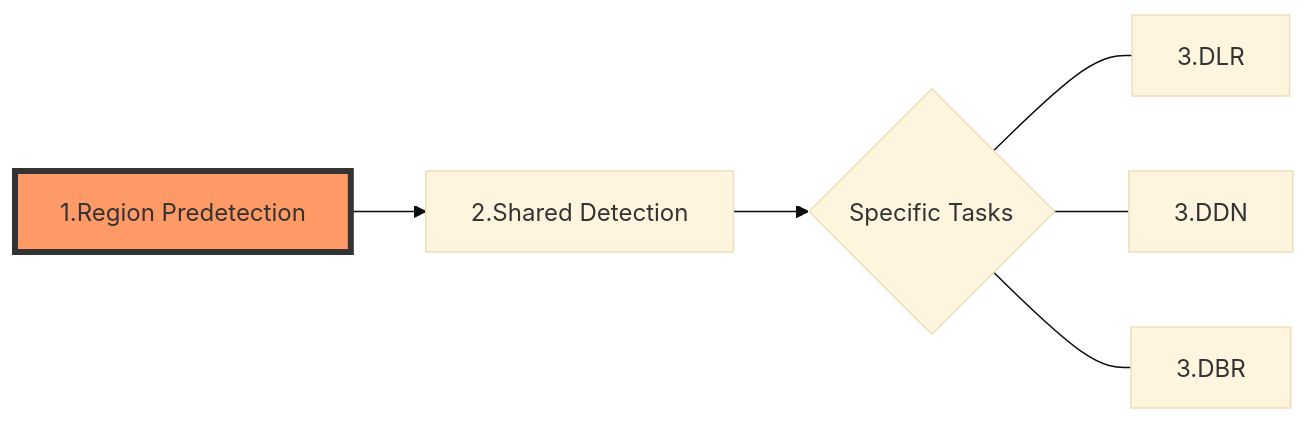
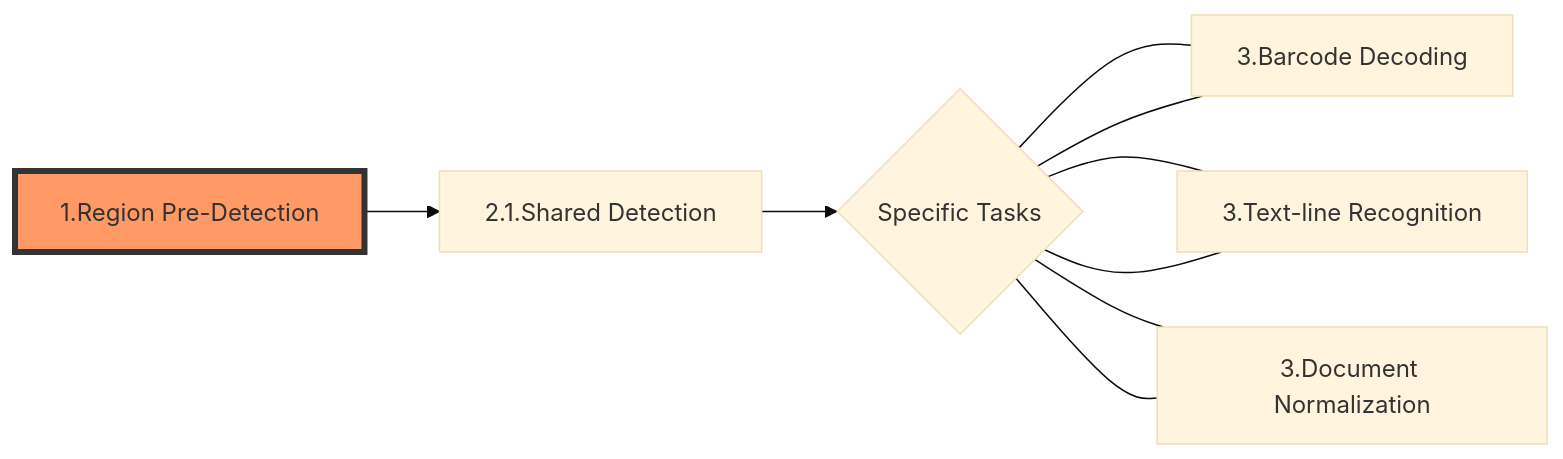
One commit to dynamsoft-docs/capture-vision-docs changed the diagram in architecture/image-processing/region-predetection.md. Above: the diagram before and after it, drawn with Mermaid (base theme). The commit also changed other lines of this file and 5 other files, not shown here.

Commit message:
check mermaid diagram and fixing build target location

````diff
--- a/architecture/image-processing/region-predetection.md
+++ b/architecture/image-processing/region-predetection.md
@@ -11,9 +15,12 @@
 ```mermaid
 flowchart LR;
-     A[1.Region Predetection]-->B[2.Shared Detection]
+     A[1.Region Pre-Detection]-->B[2.1.Shared Detection]
      B-->C{Specific Tasks}
-     C---D[3.DLR]
-     C---E[3.DDN]
-     C---F[3.DBR]
+     C---D[2.2.Barcode Localization]
+     C---E[2.2.Text-line Localization]
+     C---F[2.2.Document Detection]
+     C---D[3.Barcode Decoding]
+     C---E[3.Text-line Recognition]
+     C---F[3.Document Normalization]
      style A fill:#f96,stroke:#333,stroke-width:4px
 ```
````
